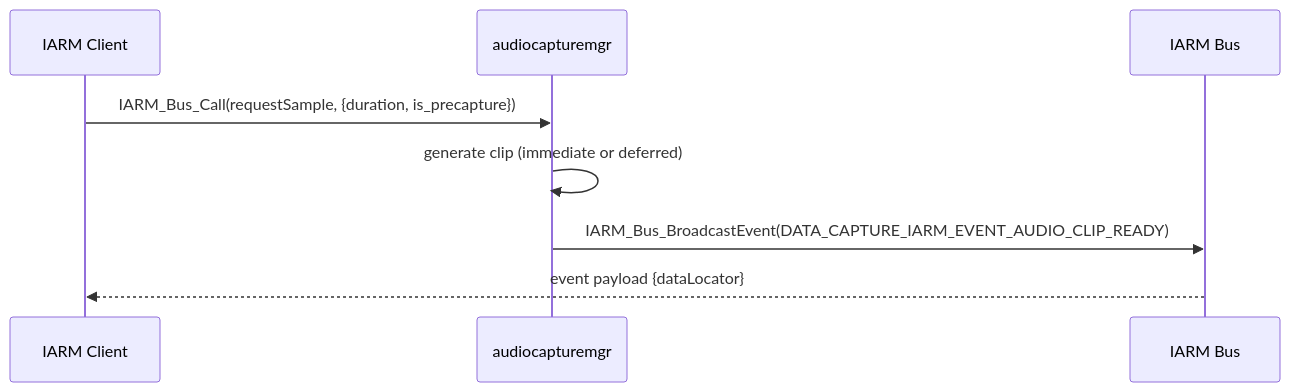
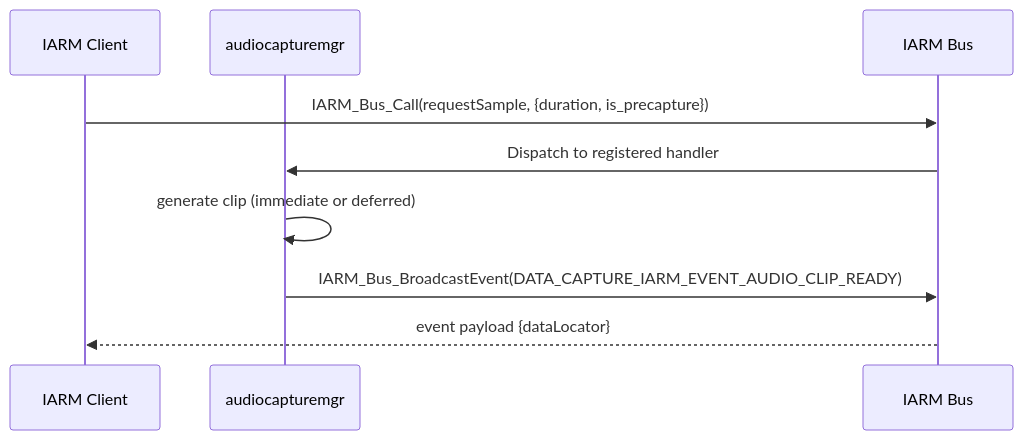
The seventh of 7 diagrams in README.md (rdkcentral/audiocapturemgr), drawn with Mermaid before and after one commit.

Commit message:
Potential fix for pull request finding

````diff
--- a/README.md
+++ b/README.md
@@ -299,11 +299,12 @@
 ```mermaid
 sequenceDiagram
     participant Client as IARM Client
     participant ACM as audiocapturemgr
     participant IARM as IARM Bus
 
-    Client->>ACM: IARM_Bus_Call(requestSample, {duration, is_precapture})
+    Client->>IARM: IARM_Bus_Call(requestSample, {duration, is_precapture})
+    IARM->>ACM: Dispatch to registered handler
     ACM->>ACM: generate clip (immediate or deferred)
     ACM->>IARM: IARM_Bus_BroadcastEvent(DATA_CAPTURE_IARM_EVENT_AUDIO_CLIP_READY)
     IARM-->>Client: event payload {dataLocator}
 ```
````
